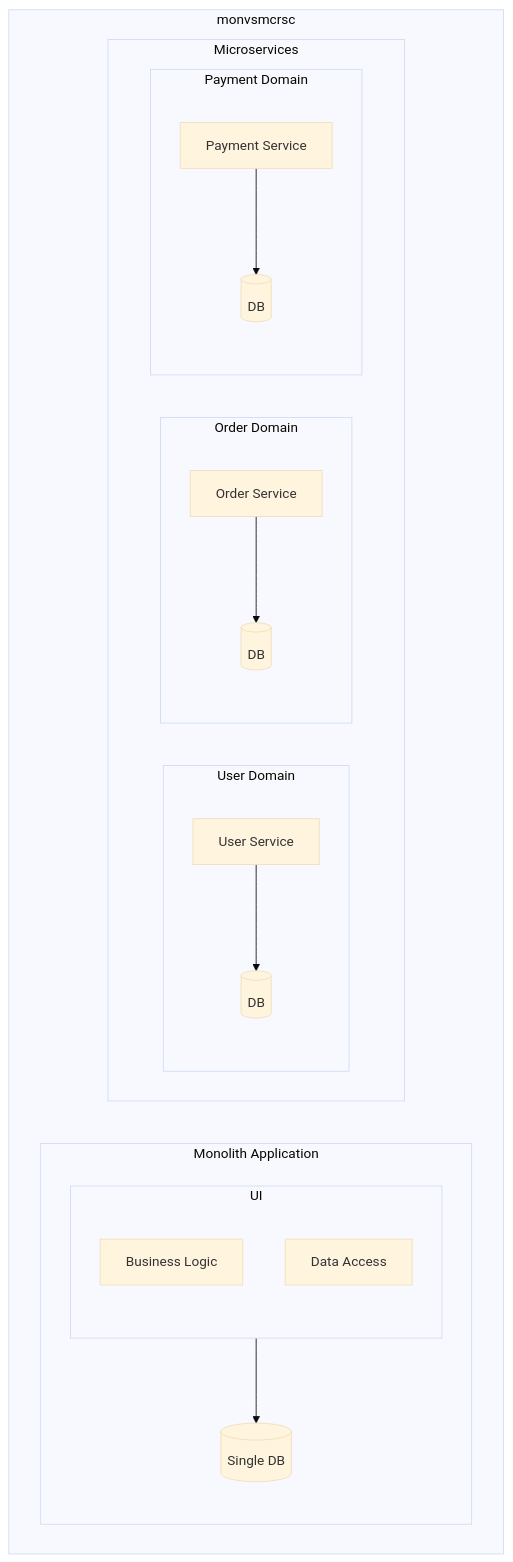
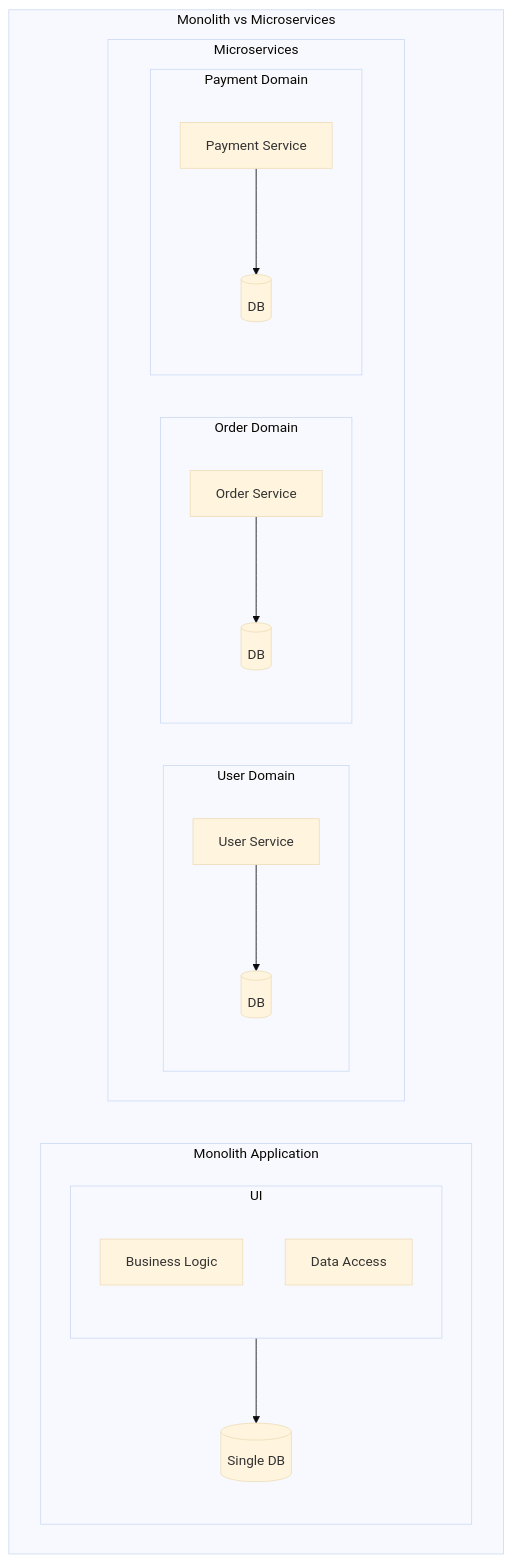
The second of 3 diagrams in WIKI/Microservices/Basic_concepts.MD (apirusov/OneYearChallenge_projects), drawn with Mermaid (base theme) before and after one commit. The commit also changed other lines of this file, not shown here.

````diff
--- a/WIKI/Microservices/Basic_concepts.MD
+++ b/WIKI/Microservices/Basic_concepts.MD
@@ -40,35 +40,35 @@
 ```mermaid
 graph LR
-subgraph monvsmcrsc
+subgraph monvsmcrsc[Monolith vs Microservices]
 direction LR
     subgraph Monolith[Monolith Application]
         direction TD
         subgraph ui[UI]
         direction TD
             businessLogic[Business Logic]
             dataAccess[Data Access]
         end
         
         ui --> singleDb[(Single DB)]
     end
 
     subgraph microservices[Microservices]
         direction LR
         
         subgraph user[User Domain]
             direction TD
             userSvc[User Service] --> userDb[(DB)]
         end
 
         subgraph order[Order Domain]
             direction TD
             orderSvc[Order Service] --> orderDb[(DB)]
         end
 
         subgraph payment[Payment Domain]
             direction TD
             paymentSvc[Payment Service] --> paymentDb[(DB)]
         end
     end 
 end
 ```
````
